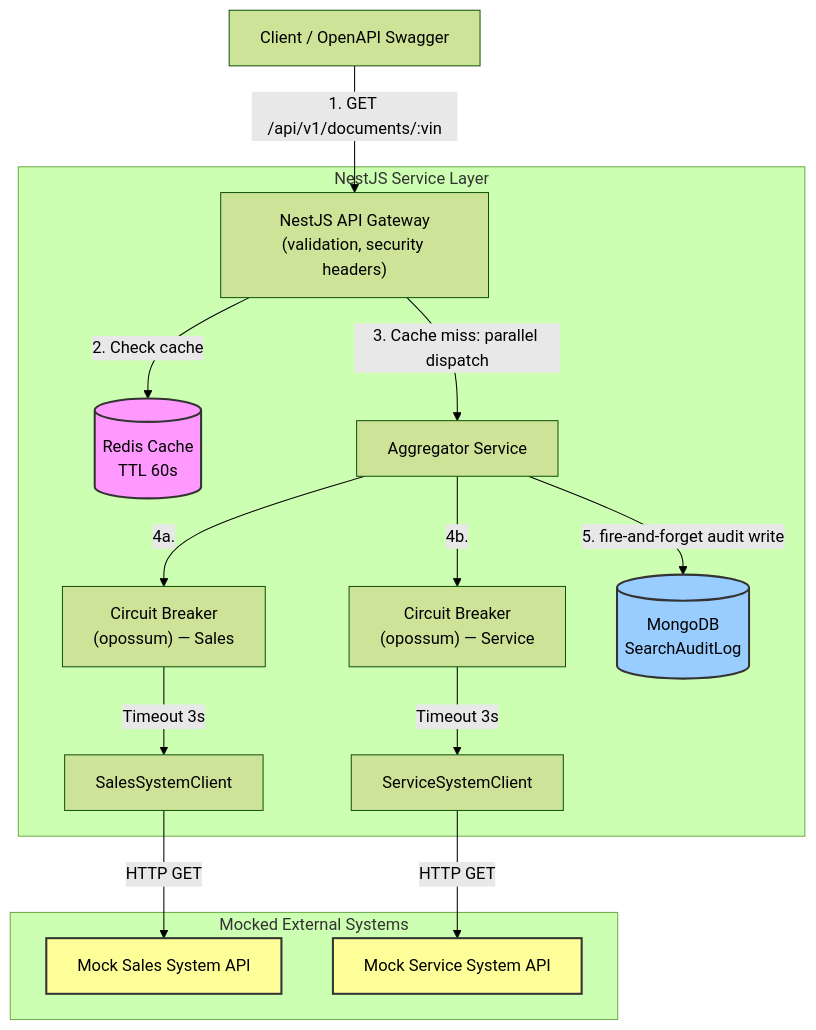
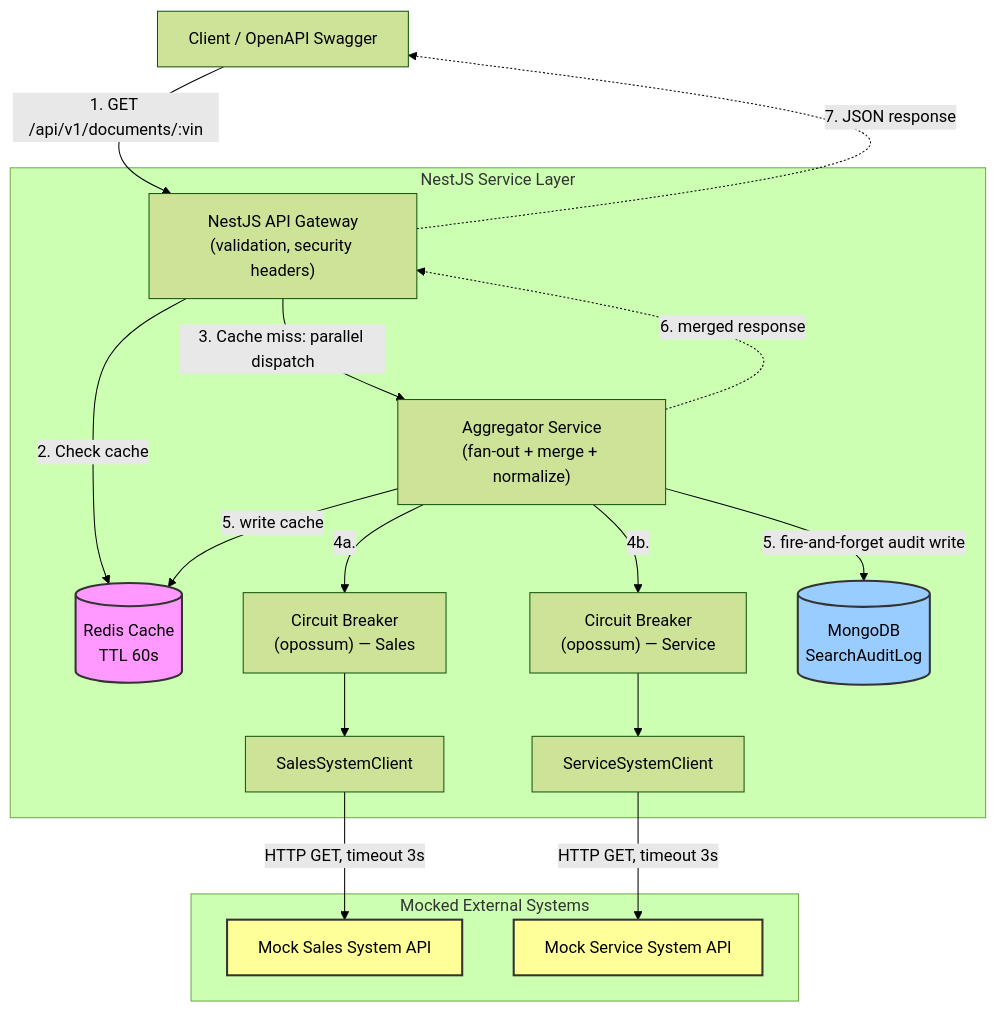
The first of 2 diagrams in docs/SYSTEM_DESIGN.md (tungcao/keyloop-document-viewer), drawn with Mermaid (forest theme) before and after one commit. The commit also changed other lines of this file and 1 other file, not shown here.

Commit message:
docs: update system design and sequence diagrams to clarify aggregator orchestration and request timeout handling

````diff
--- a/docs/SYSTEM_DESIGN.md
+++ b/docs/SYSTEM_DESIGN.md
@@ -15,29 +15,33 @@
 ```mermaid
 graph TD
     Client["Client / OpenAPI Swagger"] -->|"1. GET /api/v1/documents/:vin"| NestAPI["NestJS API Gateway<br/>(validation, security headers)"]
 
     subgraph AppBoundary["NestJS Service Layer"]
         NestAPI -->|"2. Check cache"| Redis[("Redis Cache<br/>TTL 60s")]
-        NestAPI -->|"3. Cache miss: parallel dispatch"| Aggregator["Aggregator Service"]
+        NestAPI -->|"3. Cache miss: parallel dispatch"| Aggregator["Aggregator Service<br/>(fan-out + merge + normalize)"]
 
         Aggregator -->|"4a."| SalesCB["Circuit Breaker<br/>(opossum) — Sales"]
         Aggregator -->|"4b."| ServiceCB["Circuit Breaker<br/>(opossum) — Service"]
 
-        SalesCB -->|"Timeout 3s"| SalesClient["SalesSystemClient"]
-        ServiceCB -->|"Timeout 3s"| ServiceClient["ServiceSystemClient"]
+        SalesCB --> SalesClient["SalesSystemClient"]
+        ServiceCB --> ServiceClient["ServiceSystemClient"]
 
+        Aggregator -->|"5. write cache"| Redis
         Aggregator -->|"5. fire-and-forget audit write"| Mongo[("MongoDB<br/>SearchAuditLog")]
     end
 
+    Aggregator -.->|"6. merged response"| NestAPI
+    NestAPI -.->|"7. JSON response"| Client
+
     subgraph External["Mocked External Systems"]
-        SalesClient -->|"HTTP GET"| MockSales["Mock Sales System API"]
-        ServiceClient -->|"HTTP GET"| MockService["Mock Service System API"]
+        SalesClient -->|"HTTP GET, timeout 3s"| MockSales["Mock Sales System API"]
+        ServiceClient -->|"HTTP GET, timeout 3s"| MockService["Mock Service System API"]
     end
 
     classDef infra fill:#f9f,color:#000,stroke:#333,stroke-width:2px;
     classDef persist fill:#9cf,color:#000,stroke:#333,stroke-width:2px;
     classDef external fill:#ff9,color:#000,stroke:#333,stroke-width:2px;
     class Redis infra;
     class Mongo persist;
     class MockSales,MockService external;
 ```
````
